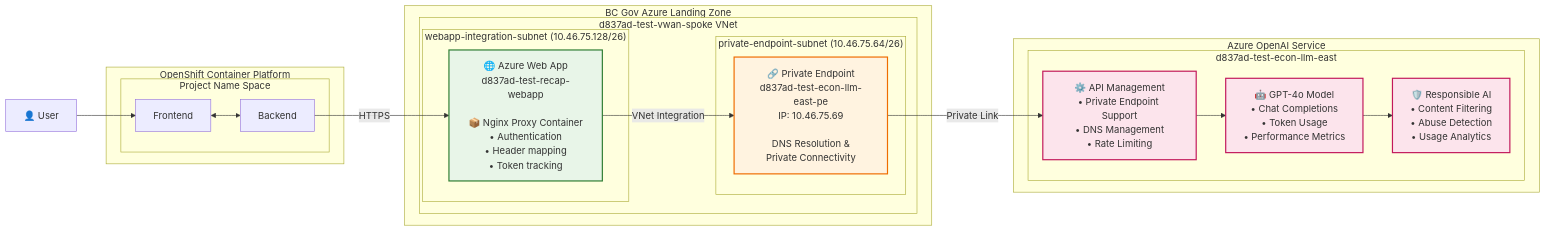
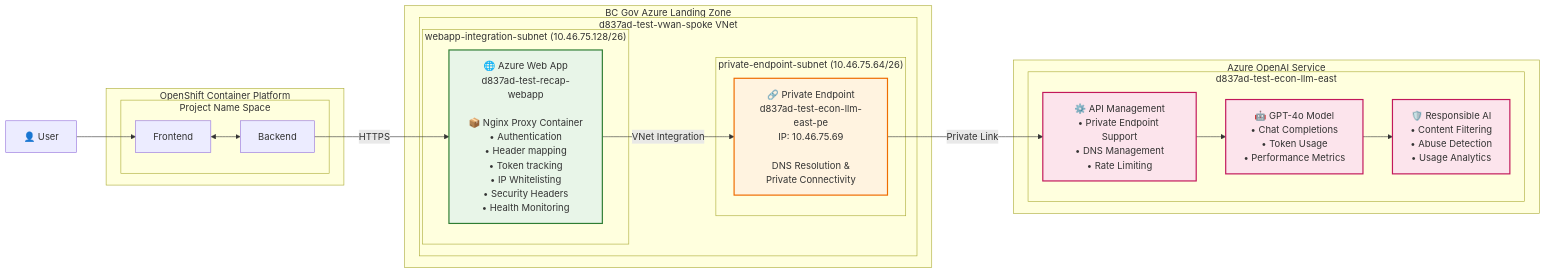
One commit to bcgov/RECAP changed the first of 3 diagrams in documentation/RECAP-Architecture-Diagram.md. Above: the diagram before and after it, drawn with Mermaid. The commit also changed other lines of this file and 5 other files, not shown here.

Commit message:
Add security headers to nginx config

````diff
--- a/documentation/RECAP-Architecture-Diagram.md
+++ b/documentation/RECAP-Architecture-Diagram.md
@@ -22,50 +22,50 @@
 ```mermaid
 graph LR
     User["👤 User"]
     
     subgraph "OpenShift Container Platform"
         subgraph "Project Name Space"
             Frontend["Frontend"]
             Backend["Backend"]        
             Frontend <--> Backend
         end
     end
     
     User --> Frontend
     Backend -->|HTTPS| WebApp
     
     subgraph "BC Gov Azure Landing Zone"
         subgraph "d837ad-test-vwan-spoke VNet"
             subgraph "webapp-integration-subnet (10.46.75.128/26)"
-                WebApp["🌐 Azure Web App<br/>d837ad-test-recap-webapp<br/><br/>📦 Nginx Proxy Container<br/>• Authentication<br/>• Header mapping<br/>• Token tracking"]
+                WebApp["🌐 Azure Web App<br/>d837ad-test-recap-webapp<br/><br/>📦 Nginx Proxy Container<br/>• Authentication<br/>• Header mapping<br/>• Token tracking<br/>• IP Whitelisting<br/>• Security Headers<br/>• Health Monitoring"]
             end
             
             subgraph "private-endpoint-subnet (10.46.75.64/26)"
                 PE["🔗 Private Endpoint<br/>d837ad-test-econ-llm-east-pe<br/>IP: 10.46.75.69<br/><br/>DNS Resolution &<br/>Private Connectivity"]
             end
         end
     end
     
     subgraph "Azure OpenAI Service"
         subgraph "d837ad-test-econ-llm-east"
             APIM["⚙️ API Management<br/>• Private Endpoint Support<br/>• DNS Management<br/>• Rate Limiting"]
             GPT["🤖 GPT-4o Model<br/>• Chat Completions<br/>• Token Usage<br/>• Performance Metrics"]
             RAI["🛡️ Responsible AI<br/>• Content Filtering<br/>• Abuse Detection<br/>• Usage Analytics"]
         end
     end
     
     WebApp -->|VNet Integration| PE
     PE -->|Private Link| APIM
     APIM --> GPT
     GPT --> RAI
     
     classDef userStyle fill:#e1f5fe,stroke:#01579b,stroke-width:2px
     classDef webStyle fill:#e8f5e8,stroke:#2e7d32,stroke-width:2px
     classDef networkStyle fill:#fff3e0,stroke:#ef6c00,stroke-width:2px
     classDef aiStyle fill:#fce4ec,stroke:#c2185b,stroke-width:2px
     
     class Users userStyle
     class WebApp webStyle
     class PE networkStyle
     class APIM,GPT,RAI aiStyle
 ```
````
